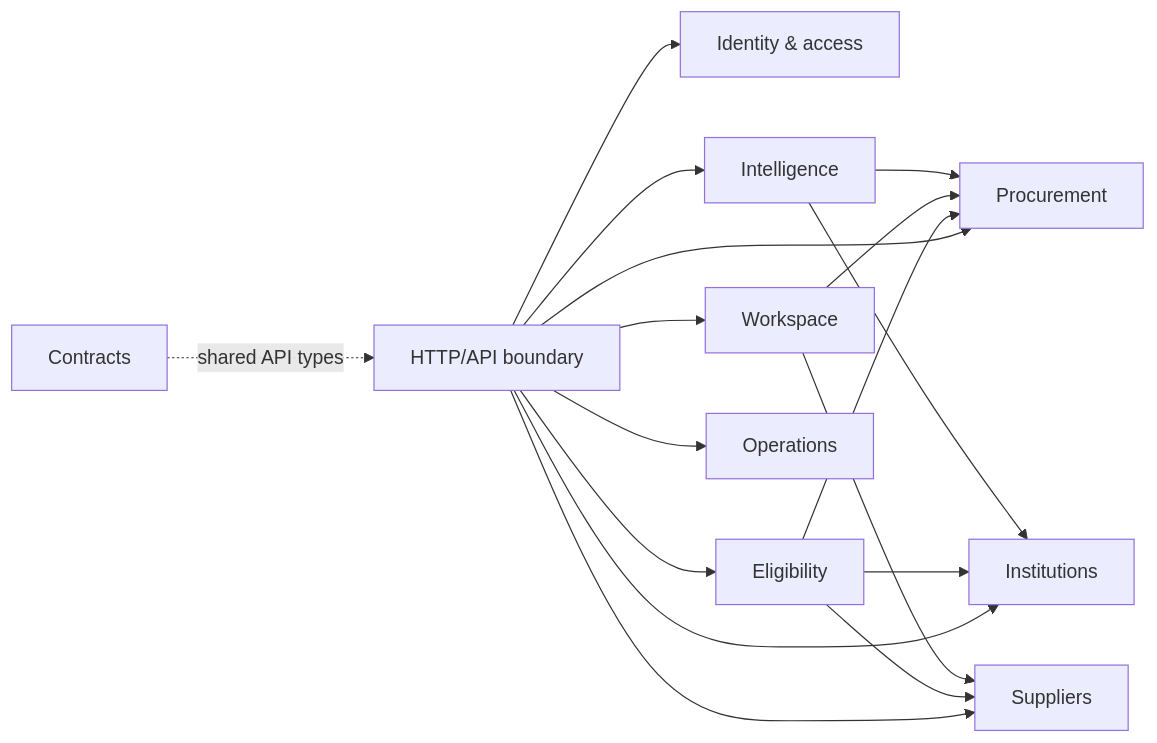
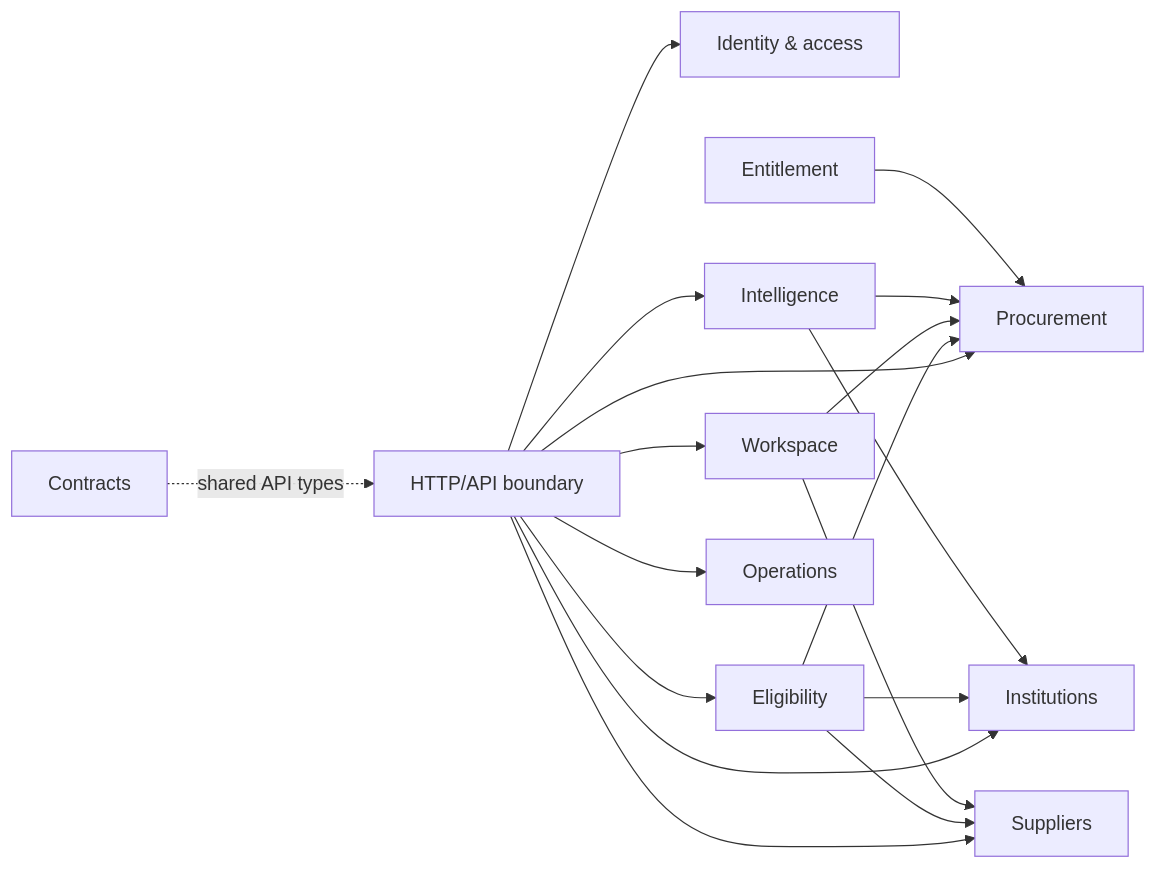
The fourth of 6 diagrams in docs/architecture/c4.md (Lamyzm/eat-bid-service), drawn with Mermaid before and after one commit. The commit also changed other lines of this file and 13 other files, not shown here.

````diff
--- a/docs/architecture/c4.md
+++ b/docs/architecture/c4.md
@@ -128,30 +136,32 @@
 ```mermaid
 flowchart LR
     http[HTTP/API boundary]
     auth[Identity & access]
     procurement[Procurement]
     institutions[Institutions]
     suppliers[Suppliers]
     eligibility[Eligibility]
     workspace[Workspace]
+    entitlement[Entitlement]
     intelligence[Intelligence]
     contracts[Contracts]
     operations[Operations]
 
     http --> auth
     http --> procurement
     http --> institutions
     http --> suppliers
     http --> eligibility
     http --> workspace
     http --> intelligence
     http --> operations
     contracts -. shared API types .-> http
     eligibility --> procurement
     eligibility --> institutions
     eligibility --> suppliers
     workspace --> procurement
     workspace --> suppliers
     intelligence --> procurement
     intelligence --> institutions
+    entitlement --> procurement
 ```
````
